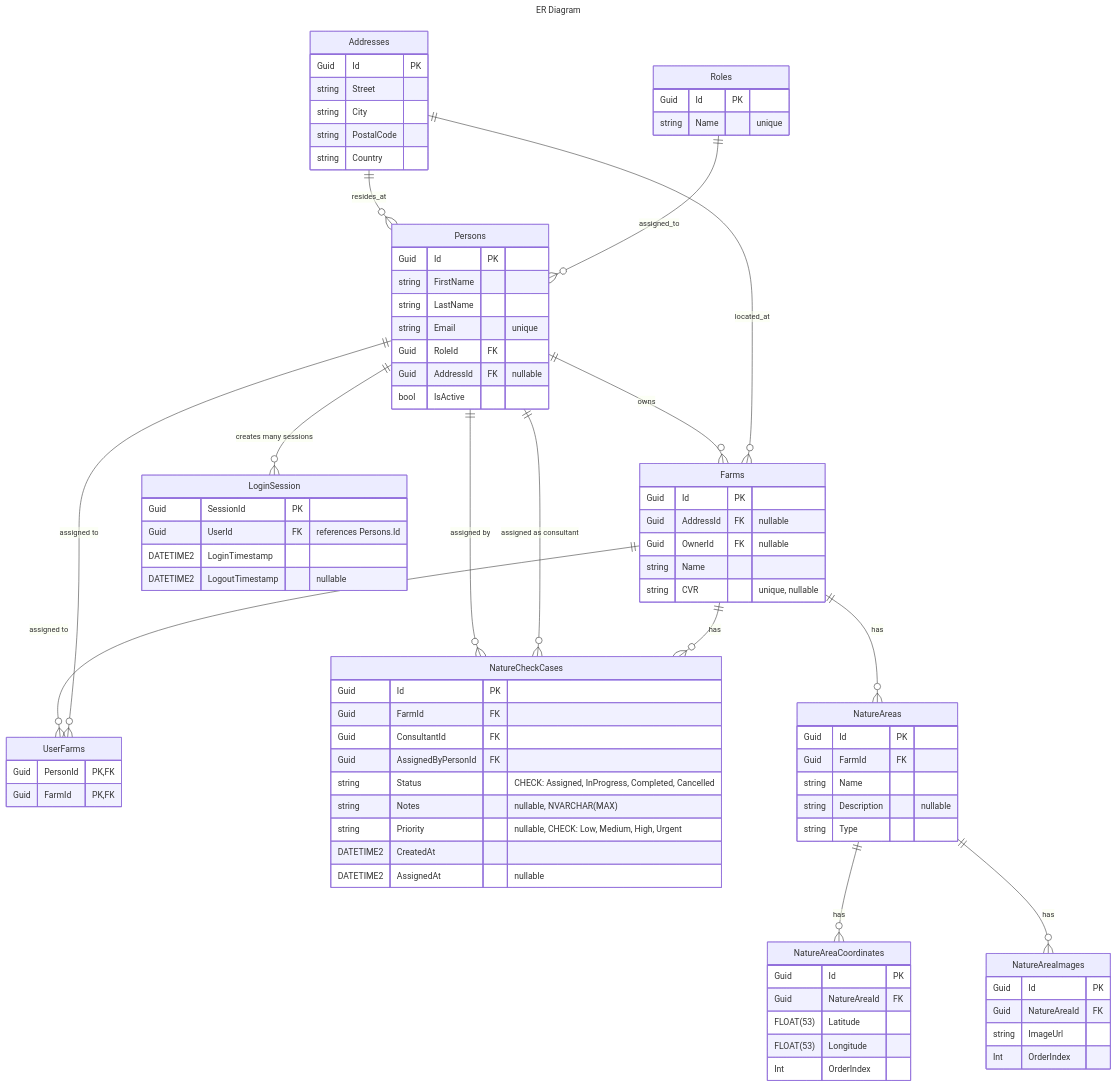
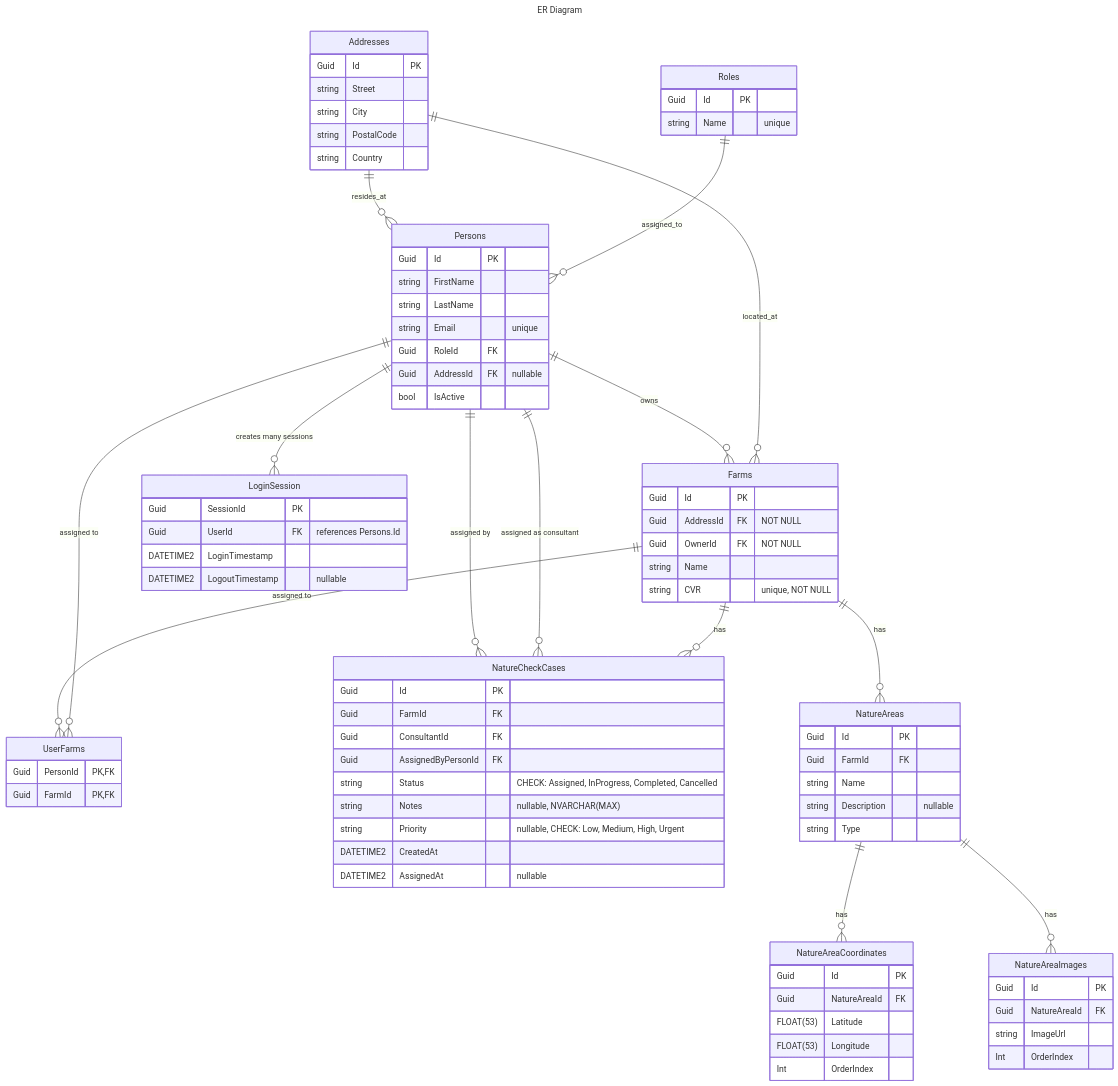
Before and after one commit to DMOoF25-TEAM11/ArlaNatureConnect: the diagram in docs/ER.md, drawn with Mermaid. The commit also changed 2 other files, not shown here.

Commit message:
Found som small errors while self reviewing

```diff
--- a/docs/ER.md
+++ b/docs/ER.md
@@ -31,10 +31,10 @@
 
   Farms {
     Guid Id PK
-    Guid AddressId FK "nullable"
-    Guid OwnerId FK "nullable"
+    Guid AddressId FK "NOT NULL"
+    Guid OwnerId FK "NOT NULL"
     string Name
-    string CVR "unique, nullable"
+    string CVR "unique, NOT NULL"
   }
 
   UserFarms {
```
